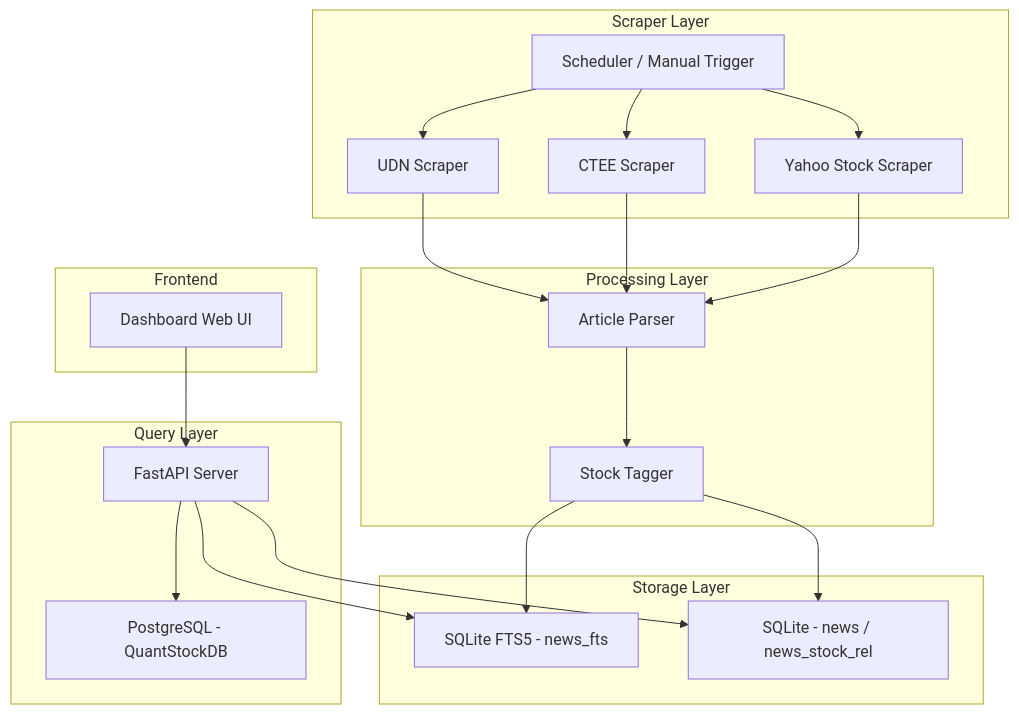
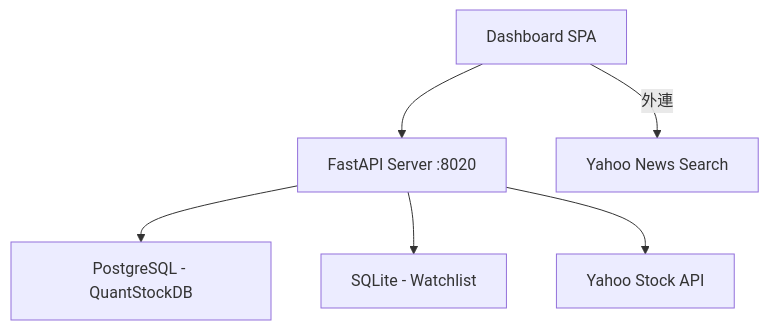
One commit to JiangAlex/ProTech-Stock-News-20260603 changed the diagram in docs/implementation-plan.md. Above: the diagram before and after it, drawn with Mermaid. The commit also changed other lines of this file and 13 other files, not shown here.

First line of the commit message:
refactor: remove news scrapers, focus on K-line/indicators/fundamentals/watchlist

````diff
--- a/docs/implementation-plan.md
+++ b/docs/implementation-plan.md
@@ -58,30 +8,8 @@
 ```mermaid
 graph TD
-    subgraph Scraper Layer
-        A[Scheduler / Manual Trigger] --> B[UDN Scraper]
-        A --> C[CTEE Scraper]
-        A --> D2[Yahoo Stock Scraper]
-    end
-
-    subgraph Processing Layer
-        B --> D[Article Parser]
-        C --> D
-        D2 --> D
-        D --> E[Stock Tagger]
-    end
-
-    subgraph Storage Layer
-        E --> F[SQLite FTS5 - news_fts]
-        E --> G[SQLite - news / news_stock_rel]
-    end
-
-    subgraph Query Layer
-        H[FastAPI Server] --> G
-        H --> F
-        H --> I[PostgreSQL - QuantStockDB]
-    end
-
-    subgraph Frontend
-        J[Dashboard Web UI] --> H
-    end
+    A[Dashboard SPA] --> B[FastAPI Server :8020]
+    B --> C[PostgreSQL - QuantStockDB]
+    B --> D[SQLite - Watchlist]
+    B --> E[Yahoo Stock API]
+    A -->|外連| F[Yahoo News Search]
 ```
````
